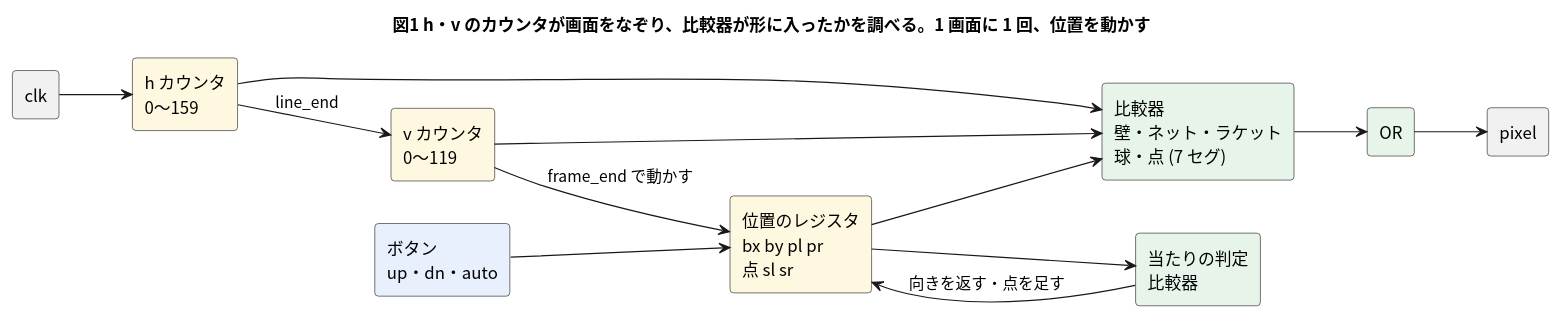
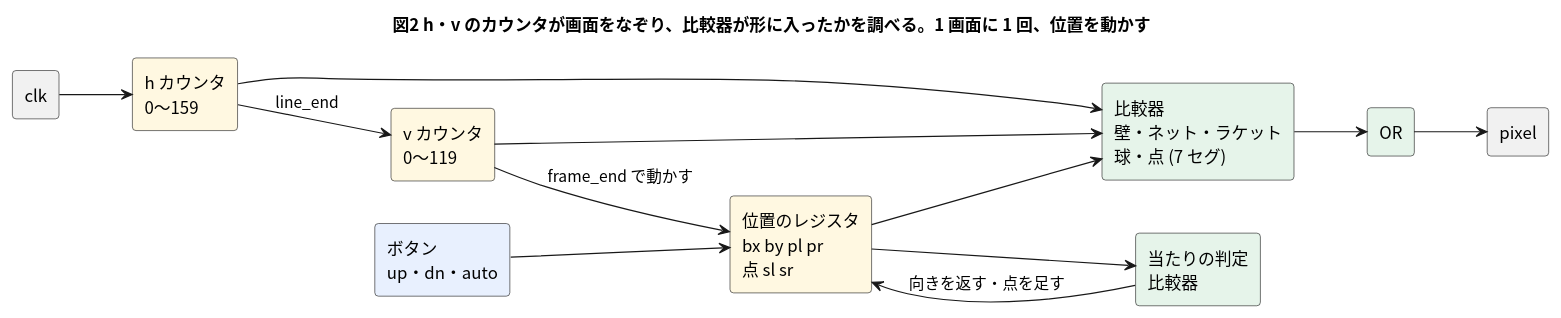
Before and after one commit to tommie-jp/tommie-circuit-workbook: the second of 2 diagrams in 06-fpga/12-projects/03-pong.md, drawn with PlantUML. The commit also changed other lines of this file, not shown here.

First line of the commit message:
docs: 12-3 の「画面のつくり」をアスキーアートから PlantUML の図にする

````diff
--- a/06-fpga/12-projects/03-pong.md
+++ b/06-fpga/12-projects/03-pong.md
@@ -62,33 +93,33 @@
 ```plantuml
 @startuml
 left to right direction
 skinparam shadowing false
 skinparam defaultFontName "Noto Sans CJK JP"
 skinparam rectangle {
   RoundCorner 6
 }
-title 図1 h・v のカウンタが画面をなぞり、比較器が形に入ったかを調べる。1 画面に 1 回、位置を動かす
+title 図2 h・v のカウンタが画面をなぞり、比較器が形に入ったかを調べる。1 画面に 1 回、位置を動かす
 
 rectangle "clk" as CLK
 rectangle "h カウンタ\n0〜159" as H #FFF8E1
 rectangle "v カウンタ\n0〜119" as V #FFF8E1
 rectangle "位置のレジスタ\nbx by pl pr\n点 sl sr" as POS #FFF8E1
 rectangle "比較器\n壁・ネット・ラケット\n球・点 (7 セグ)" as CMP #E6F4EA
 rectangle "OR" as OR #E6F4EA
 rectangle "pixel" as PIX
 rectangle "ボタン\nup・dn・auto" as BTN #E8F0FE
 rectangle "当たりの判定\n比較器" as HIT #E6F4EA
 
 CLK --> H
 H --> V : line_end
 H --> CMP
 V --> CMP
 POS --> CMP
 CMP --> OR
 OR --> PIX
 V --> POS : frame_end で動かす
 BTN --> POS
 POS --> HIT
 HIT --> POS : 向きを返す・点を足す
 @enduml
 ```
````
